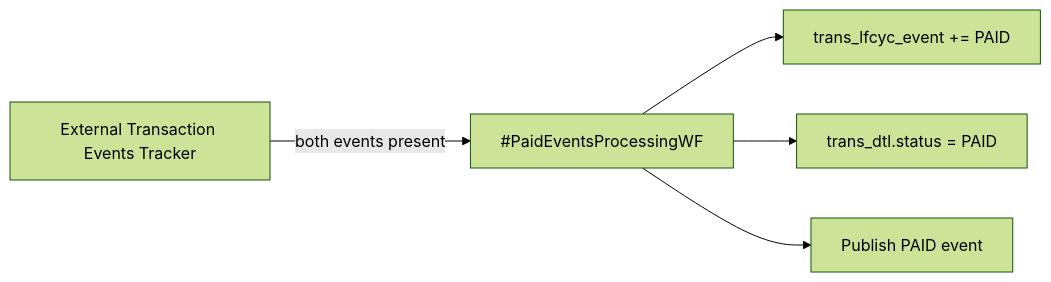
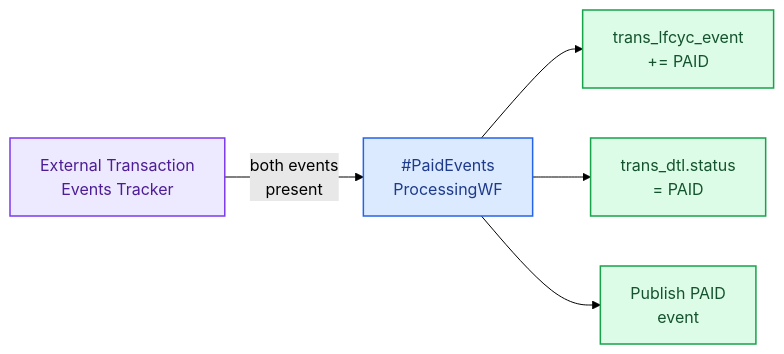
Before and after one commit to arunav-bhattacharya/billpay-docs: the diagram in docs/design/workflows/scheduled.md, drawn with Mermaid (forest theme). The commit also changed 28 other files, not shown here.

````diff
--- a/docs/design/workflows/scheduled.md
+++ b/docs/design/workflows/scheduled.md
@@ -44,7 +44,15 @@
 ```mermaid
 flowchart LR
-  T[External Transaction Events Tracker] -->|both events present| P[#PaidEventsProcessingWF]
-  P --> L[trans_lfcyc_event += PAID]
-  P --> D[trans_dtl.status = PAID]
-  P --> E[Publish PAID event]
+  T["External Transaction<br/>Events Tracker"] -- "both events<br/>present" --> P["#PaidEvents<br/>ProcessingWF"]
+  P --> L["trans_lfcyc_event<br/>+= PAID"]
+  P --> D["trans_dtl.status<br/>= PAID"]
+  P --> E["Publish PAID<br/>event"]
+
+  classDef store fill:#ede9fe,stroke:#7c3aed,stroke-width:1.5px,color:#4c1d95;
+  classDef workflow fill:#dbeafe,stroke:#2563eb,stroke-width:1.5px,color:#1e3a8a;
+  classDef terminal fill:#dcfce7,stroke:#16a34a,stroke-width:1.5px,color:#14532d;
+
+  class T store;
+  class P workflow;
+  class L,D,E terminal;
 ```
````
